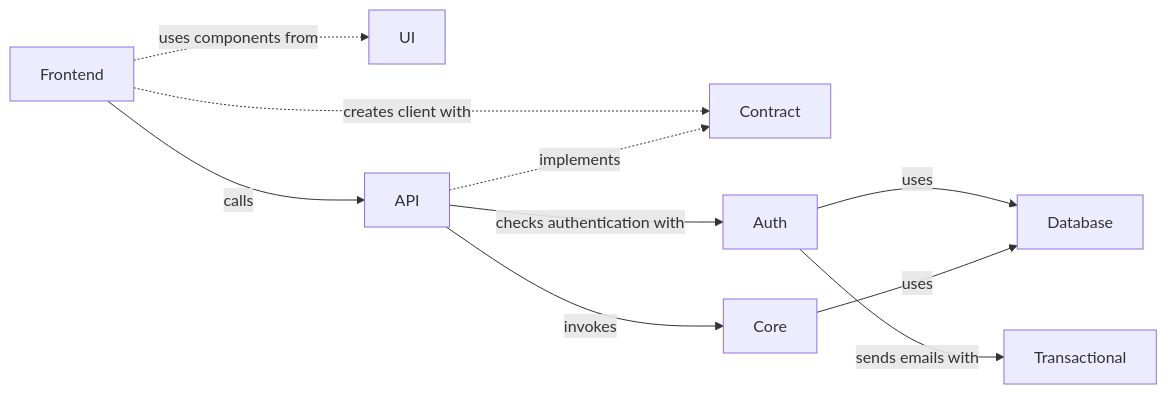
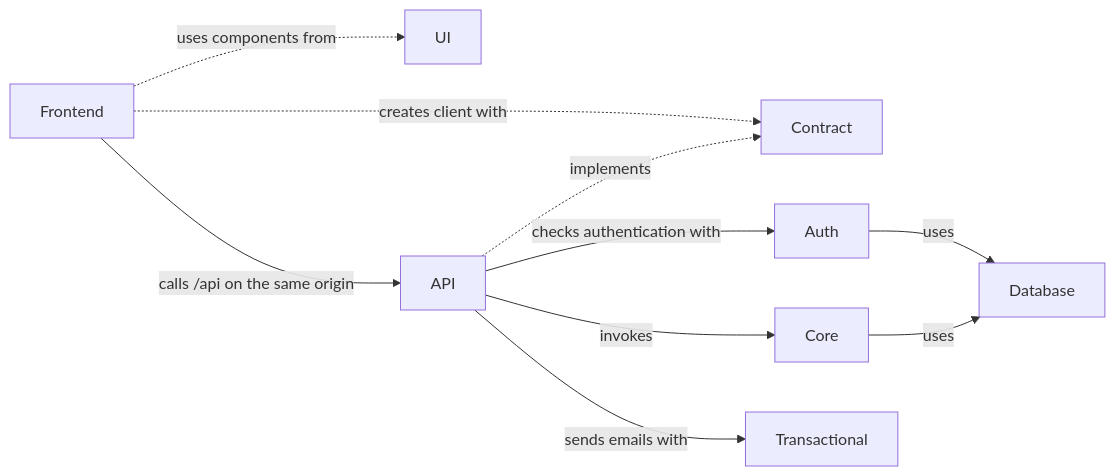
One commit to ghdoergeloh/horva changed the first of 3 diagrams in README.md. Above: the diagram before and after it, drawn with Mermaid. The commit also changed other lines of this file and 9 other files, not shown here.

````diff
--- a/README.md
+++ b/README.md
@@ -126,12 +152,12 @@
 ```mermaid
 flowchart LR
   Frontend -.->|uses components from| UI
   Frontend -.->|creates client with| Contract
-  Frontend -->|calls| API
+  Frontend -->|calls /api on the same origin| API
   API -->|checks authentication with| Auth
   API -.->|implements| Contract
   API -->|invokes| Core
+  API -->|sends emails with| Transactional
   Auth -->|uses| Database
-  Auth -->|sends emails with| Transactional
   Core -->|uses| Database
 ```
````
